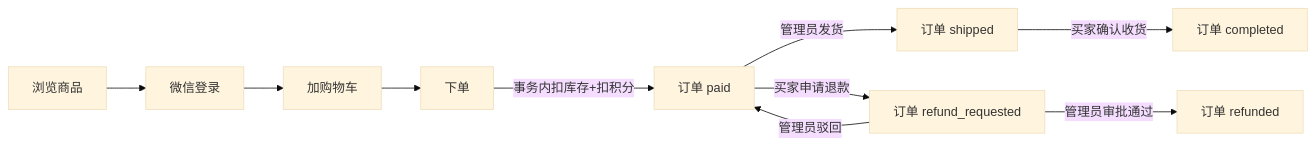
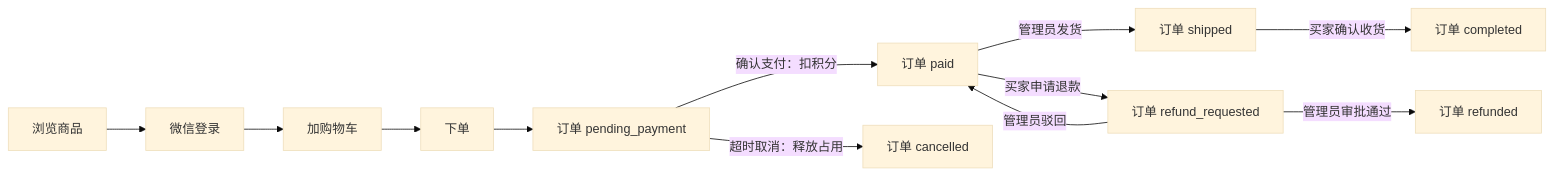
The second of 2 diagrams in docs/tech-specs/shop-mall-tech-spec.md (RBowind/shop-mall), drawn with Mermaid (base theme) before and after one commit. The commit also changed other lines of this file and 46 other files, not shown here.

````diff
--- a/docs/tech-specs/shop-mall-tech-spec.md
+++ b/docs/tech-specs/shop-mall-tech-spec.md
@@ -150,12 +152,14 @@
 ```mermaid
 flowchart LR
     B1["浏览商品"] --> B2["微信登录"]
     B2 --> B3["加购物车"]
     B3 --> B4["下单"]
-    B4 -->|事务内扣库存+扣积分| P["订单 paid"]
+    B4 --> H["订单 pending_payment"]
+    H -->|确认支付：扣积分| P["订单 paid"]
+    H -->|超时取消：释放占用| X["订单 cancelled"]
     P -->|管理员发货| S["订单 shipped"]
     S -->|买家确认收货| C["订单 completed"]
     P -->|买家申请退款| R["订单 refund_requested"]
     R -->|管理员审批通过| RF["订单 refunded"]
     R -->|管理员驳回| P
 ```
````
